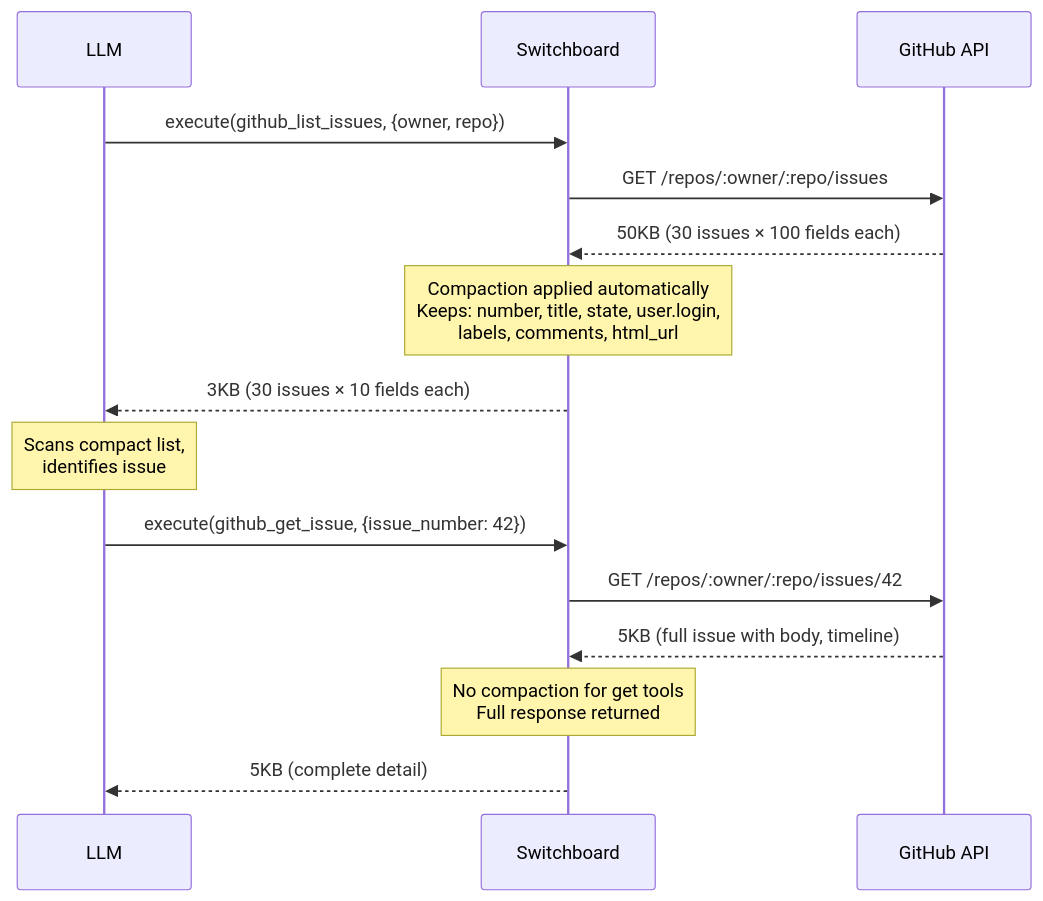
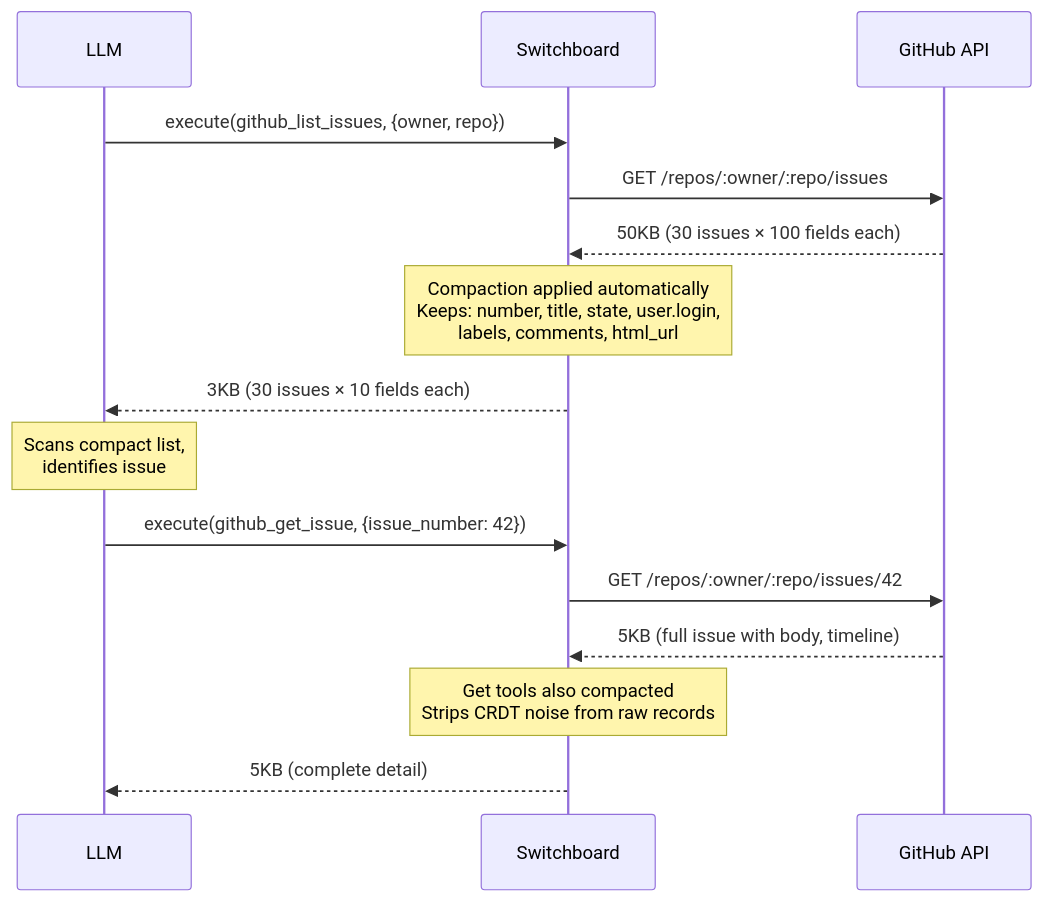
Before and after one commit to daltoniam/switchboard: the second of 2 diagrams in AGENTS.md, drawn with Mermaid. The commit also changed other lines of this file and 22 other files, not shown here.

````diff
--- a/AGENTS.md
+++ b/AGENTS.md
@@ -366,20 +380,20 @@
 ```mermaid
 sequenceDiagram
     participant LLM
     participant Switchboard
     participant API as GitHub API
 
     LLM->>Switchboard: execute(github_list_issues, {owner, repo})
     Switchboard->>API: GET /repos/:owner/:repo/issues
     API-->>Switchboard: 50KB (30 issues × 100 fields each)
     Note over Switchboard: Compaction applied automatically<br/>Keeps: number, title, state, user.login,<br/>labels, comments, html_url
     Switchboard-->>LLM: 3KB (30 issues × 10 fields each)
 
     Note over LLM: Scans compact list,<br/>identifies issue #42
 
     LLM->>Switchboard: execute(github_get_issue, {issue_number: 42})
     Switchboard->>API: GET /repos/:owner/:repo/issues/42
     API-->>Switchboard: 5KB (full issue with body, timeline)
-    Note over Switchboard: No compaction for get tools<br/>Full response returned
+    Note over Switchboard: Get tools also compacted<br/>Strips CRDT noise from raw records
     Switchboard-->>LLM: 5KB (complete detail)
 ```
````
